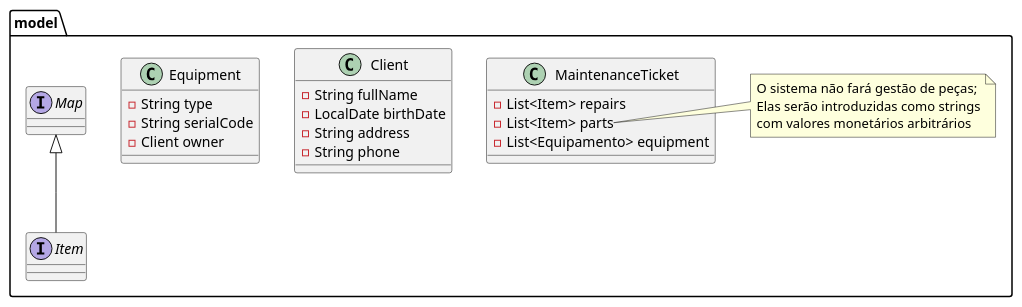
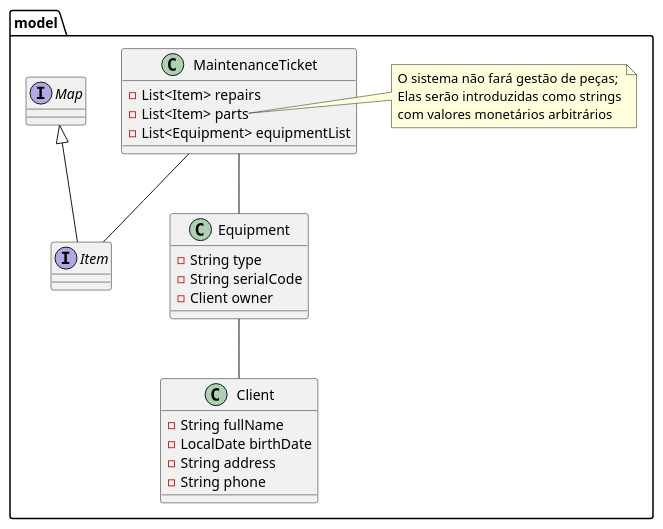
The second of 2 diagrams in README.md (radialserial/Mixer), drawn with PlantUML before and after one commit. The commit also changed other lines of this file, not shown here.

Commit message:
docs(README): add tweaks to diagrams
- Finish translating to english
- Add relationships between classes

````diff
--- a/README.md
+++ b/README.md
@@ -11,37 +11,41 @@
 ```plantuml
 @startuml
 
 package model {
 
     class Client {
         - String fullName
         - LocalDate birthDate
         - String address
         - String phone
     }
 
     class Equipment {
         - String type
         - String serialCode
         - Client owner
     }
 
     class MaintenanceTicket {
         - List<Item> repairs
         - List<Item> parts
-        - List<Equipamento> equipment
+        - List<Equipment> equipmentList
     }
 
     note right of MaintenanceTicket::parts
         O sistema não fará gestão de peças;
         Elas serão introduzidas como strings
         com valores monetários arbitrários
     end note
 
     interface Item extends Map<String, BigDecimal> {
     }
 
+    MaintenanceTicket -- Item
+    MaintenanceTicket -- Equipment
+    Equipment -- Client
+
 }
 
 @enduml
 ```
````
